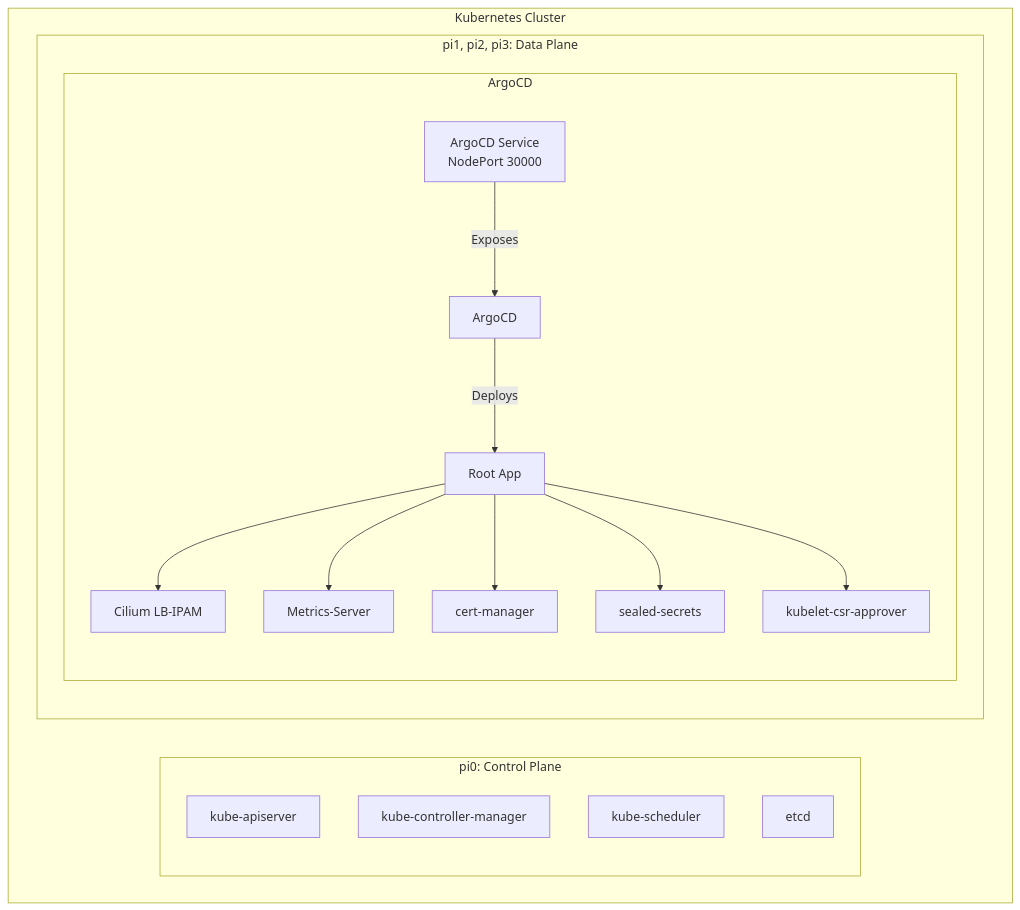
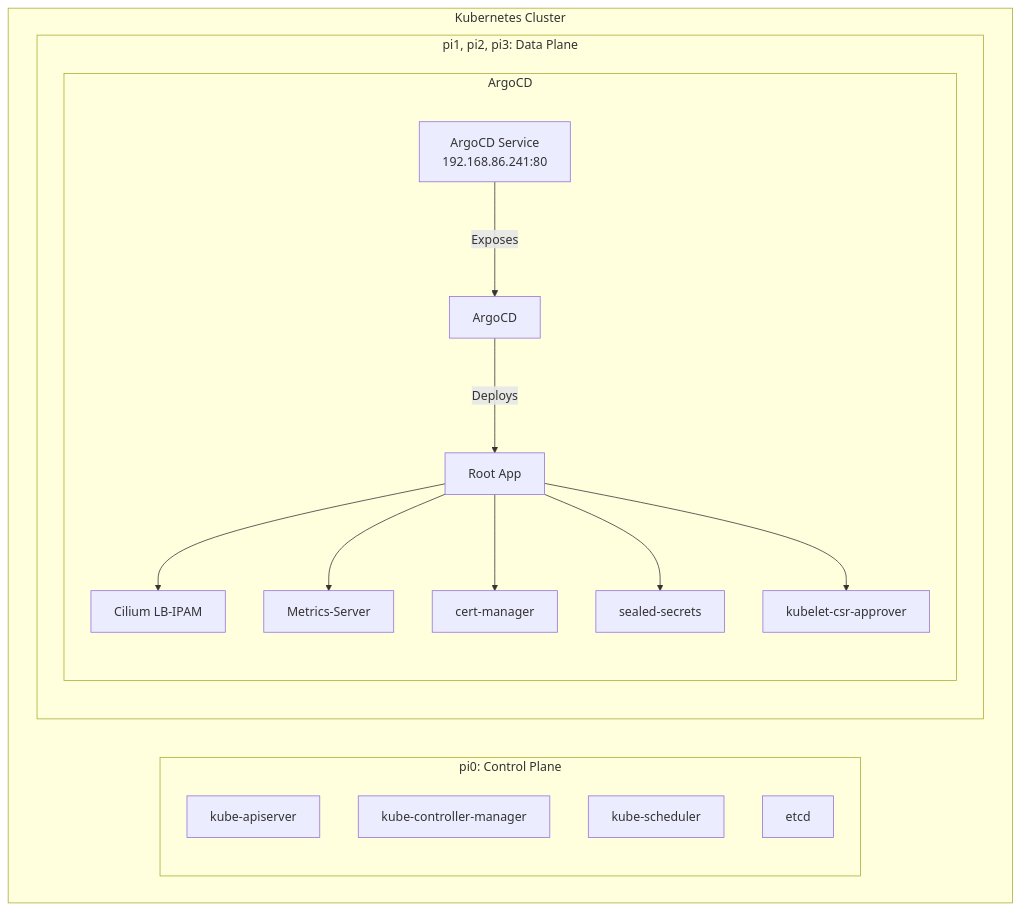
The first of 2 diagrams in README.md (jangroth/homekube-main), drawn with Mermaid before and after one commit.

Commit message:
Update ArgoCD service reference to LoadBalancer 192.168.86.241

````diff
--- a/README.md
+++ b/README.md
@@ -80,32 +80,32 @@
 ```mermaid
 graph TD
     subgraph Kubernetes Cluster
         subgraph ControlPlane [pi0: Control Plane]
             API[kube-apiserver]
             Cont_manager[kube-controller-manager]
             Scheduler[kube-scheduler]
             Etcd[etcd]
         end
 
         subgraph DataPlane [pi1, pi2, pi3: Data Plane]
             subgraph NsArgo[ArgoCD]
                 argocd[ArgoCD]
-                argocd_svc[ArgoCD Service<br/>NodePort 30000]
+                argocd_svc[ArgoCD Service<br/>192.168.86.241:80]
                 aoa[Root App]
                 app1[Cilium LB-IPAM]
                 app2[Metrics-Server]
                 app3[cert-manager]
                 app4[sealed-secrets]
                 app5[kubelet-csr-approver]
             end
         end
     end
 
     argocd_svc -- Exposes --> argocd
     argocd -- Deploys --> aoa
     aoa --> app1
     aoa --> app2
     aoa --> app3
     aoa --> app4
     aoa --> app5
 ```
````
